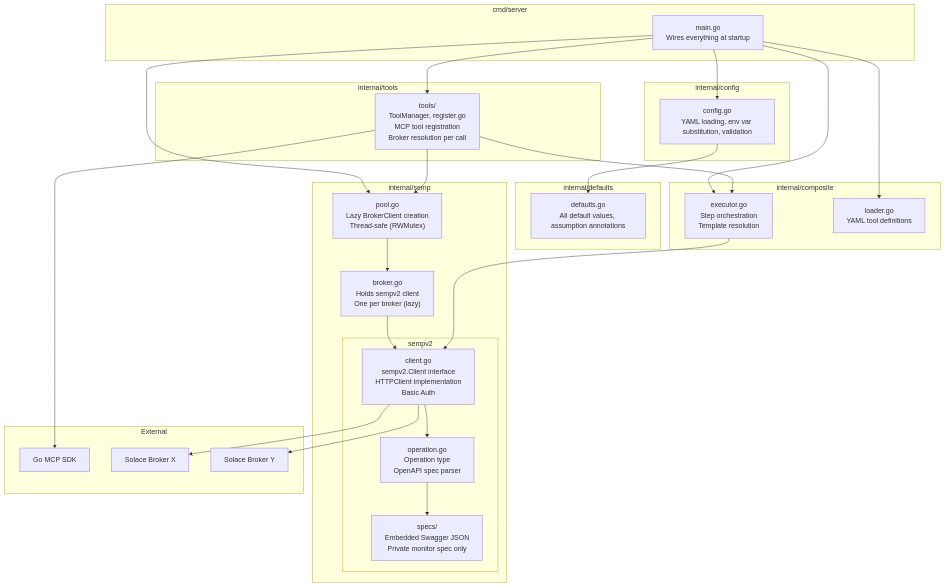
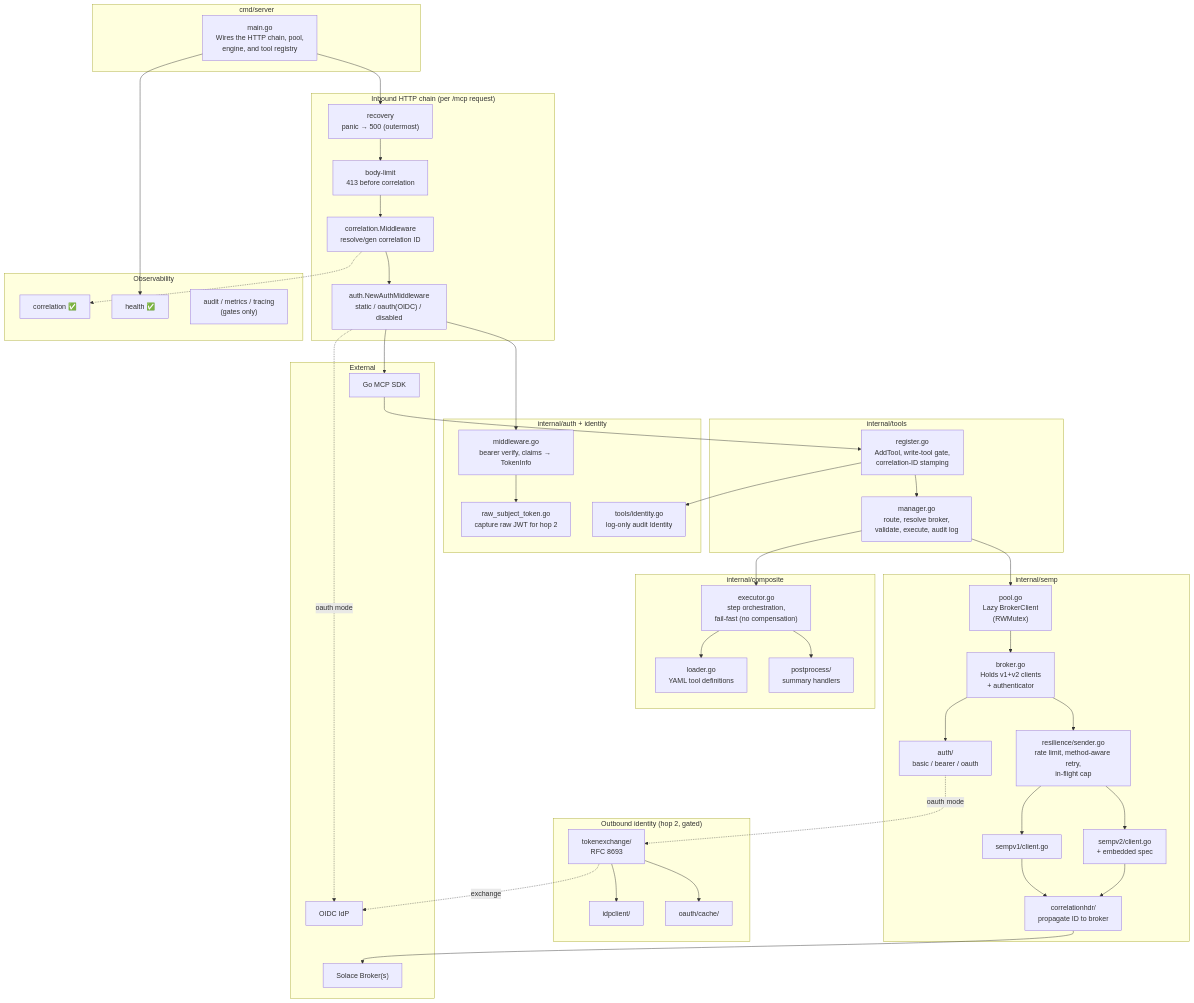
The first of 6 diagrams in docs/internal/architecture.md (SolaceProducts/solace-broker-mcp), drawn with Mermaid before and after one commit. The commit also changed other lines of this file, not shown here.

First line of the commit message:
SOL-150695: Reconcile architecture doc with implemented auth, resilience, and identity layers (#166)

````diff
--- a/docs/internal/architecture.md
+++ b/docs/internal/architecture.md
@@ -38,58 +70,82 @@
 ```mermaid
 graph TB
     subgraph "cmd/server"
-        MAIN["main.go<br/>Wires everything at startup"]
+        MAIN["main.go<br/>Wires the HTTP chain, pool,<br/>engine, and tool registry"]
     end
 
-    subgraph "internal/config"
-        CONFIG["config.go<br/>YAML loading, env var substitution, validation"]
+    subgraph "Inbound HTTP chain (per /mcp request)"
+        REC["recovery<br/>panic → 500 (outermost)"]
+        LIMIT["body-limit<br/>413 before correlation"]
+        CORR["correlation.Middleware<br/>resolve/gen correlation ID"]
+        AUTHMW["auth.NewAuthMiddleware<br/>static / oauth(OIDC) / disabled"]
     end
 
-    subgraph "internal/defaults"
-        DEFAULTS["defaults.go<br/>All default values, assumption annotations"]
+    subgraph "internal/auth + identity"
+        VERIFY["middleware.go<br/>bearer verify, claims → TokenInfo"]
+        RAWTOK["raw_subject_token.go<br/>capture raw JWT for hop 2"]
+        IDENT["tools/identity.go<br/>log-only audit Identity"]
+    end
+
+    subgraph "internal/tools"
+        REG["register.go<br/>AddTool, write-tool gate,<br/>correlation-ID stamping"]
+        MGR["manager.go<br/>route, resolve broker,<br/>validate, execute, audit log"]
+    end
+
+    subgraph "internal/composite"
+        EXEC["executor.go<br/>step orchestration,<br/>fail-fast (no compensation)"]
+        LOADER["loader.go<br/>YAML tool definitions"]
+        PP["postprocess/<br/>summary handlers"]
     end
 
     subgraph "internal/semp"
-        POOL["pool.go<br/>Lazy BrokerClient creation<br/>Thread-safe (RWMutex)"]
-        BROKER["broker.go<br/>Holds sempv2 client<br/>One per broker (lazy)"]
-
-        subgraph "sempv2"
-            CLIENT["client.go<br/>sempv2.Client interface<br/>HTTPClient implementation<br/>Basic Auth"]
-            OPERATION["operation.go<br/>Operation type<br/>OpenAPI spec parser"]
-            SPECS["specs/<br/>Embedded Swagger JSON<br/>Private monitor spec only"]
-        end
+        POOL["pool.go<br/>Lazy BrokerClient<br/>(RWMutex)"]
+        BROKER["broker.go<br/>Holds v1+v2 clients<br/>+ authenticator"]
+        SENDER["resilience/sender.go<br/>rate limit, method-aware retry,<br/>in-flight cap"]
+        SAUTH["auth/<br/>basic / bearer / oauth"]
+        V1["sempv1/client.go"]
+        V2["sempv2/client.go<br/>+ embedded spec"]
+        CHDR["correlationhdr/<br/>propagate ID to broker"]
     end
 
-    subgraph "internal/composite"
-        EXECUTOR["executor.go<br/>Step orchestration<br/>Template resolution"]
-        LOADER["loader.go<br/>YAML tool definitions"]
+    subgraph "Outbound identity (hop 2, gated)"
+        TX["tokenexchange/<br/>RFC 8693"]
+        IDP["idpclient/"]
+        TCACHE["oauth/cache/"]
     end
 
-    subgraph "internal/tools"
-        REGISTRY["tools/<br/>ToolManager, register.go<br/>MCP tool registration<br/>Broker resolution per call"]
+    subgraph "Observability"
+        OCORR["correlation ✅"]
+        OHEALTH["health ✅"]
+        OGATE["audit / metrics / tracing<br/>(gates only)"]
     end
 
     subgraph "External"
         MCP_SDK["Go MCP SDK"]
-        BROKER_X["Solace Broker X"]
-        BROKER_Y["Solace Broker Y"]
+        IDPX["OIDC IdP"]
+        BROKER_X["Solace Broker(s)"]
     end
 
-    MAIN --> CONFIG
-    MAIN --> POOL
-    MAIN --> LOADER
-    MAIN --> EXECUTOR
-    MAIN --> REGISTRY
-    CONFIG --> DEFAULTS
+    MAIN --> REC --> LIMIT --> CORR --> AUTHMW --> MCP_SDK
+    AUTHMW --> VERIFY --> RAWTOK
+    AUTHMW -. oauth mode .-> IDPX
+    MCP_SDK --> REG --> MGR
+    REG --> IDENT
+    MGR --> POOL
+    MGR --> EXEC
+    EXEC --> LOADER
+    EXEC --> PP
     POOL --> BROKER
-    BROKER --> CLIENT
-    CLIENT --> OPERATION
-    OPERATION --> SPECS
-    REGISTRY --> MCP_SDK
-    REGISTRY --> POOL
-    REGISTRY --> EXECUTOR
-    EXECUTOR --> CLIENT
-    CLIENT --> BROKER_X
-    CLIENT --> BROKER_Y
-
+    BROKER --> SENDER
+    BROKER --> SAUTH
+    SENDER --> V1
+    SENDER --> V2
+    V1 --> CHDR
+    V2 --> CHDR
+    SAUTH -. oauth mode .-> TX
+    TX --> IDP
+    TX --> TCACHE
+    TX -. exchange .-> IDPX
+    CHDR --> BROKER_X
+    CORR -.-> OCORR
+    MAIN --> OHEALTH
 ```
````
